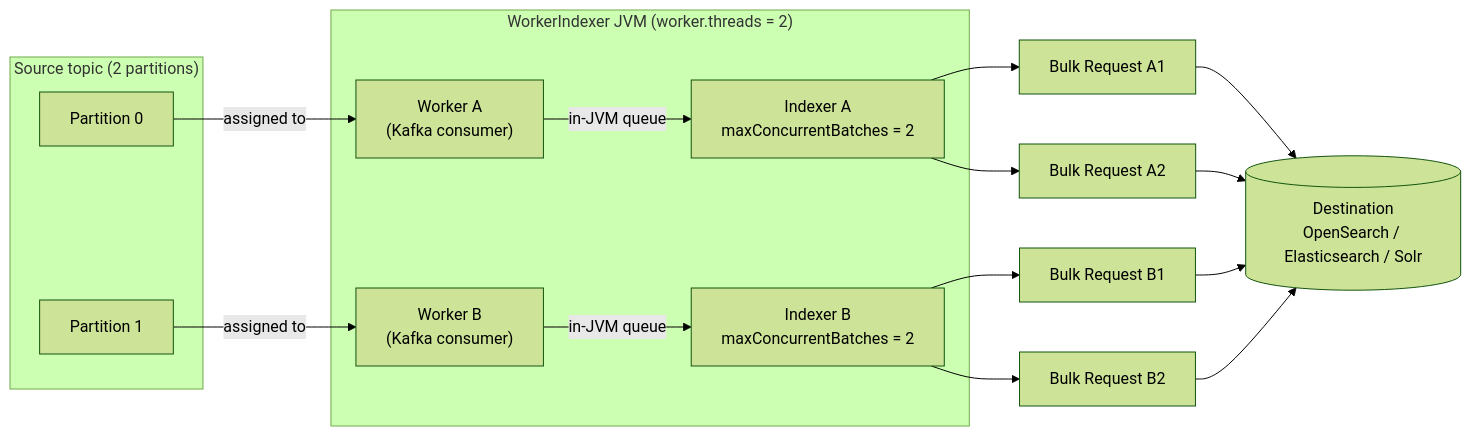
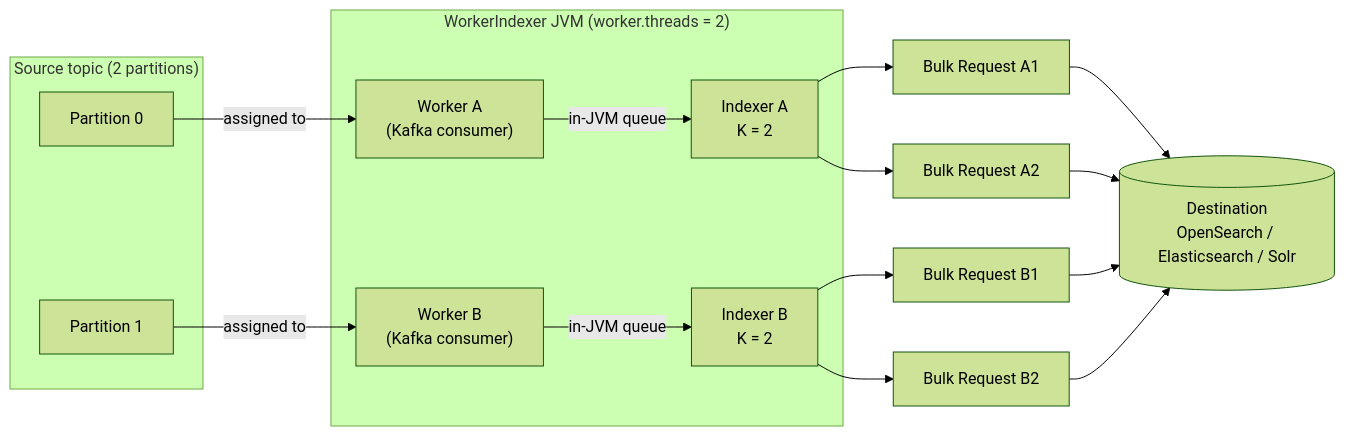
The second of 5 diagrams in doc/site/content/en/docs/operations/indexing-throughput/indexing-fan-out.md (kmwtechnology/lucille), drawn with Mermaid (forest theme) before and after one commit. The commit also changed other lines of this file, not shown here.

Commit message:
refine diagrams

````diff
--- a/doc/site/content/en/docs/operations/indexing-throughput/indexing-fan-out.md
+++ b/doc/site/content/en/docs/operations/indexing-throughput/indexing-fan-out.md
@@ -95,22 +95,22 @@
 ```mermaid
 flowchart LR
     subgraph SRC["Source topic (2 partitions)"]
         P0["Partition 0"]
         P1["Partition 1"]
     end
 
     subgraph JVM["WorkerIndexer JVM (worker.threads = 2)"]
-        W0["Worker A<br/>(Kafka consumer)"] -->|in-JVM queue| I0["Indexer A<br/>maxConcurrentBatches = 2"]
-        W1["Worker B<br/>(Kafka consumer)"] -->|in-JVM queue| I1["Indexer B<br/>maxConcurrentBatches = 2"]
+        W0["Worker A<br/>(Kafka consumer)"] -->|in-JVM queue| I0["Indexer A<br/>K = 2"]
+        W1["Worker B<br/>(Kafka consumer)"] -->|in-JVM queue| I1["Indexer B<br/>K = 2"]
     end
 
     I0 --> R0a["Bulk Request A1"] --> DEST
     I0 --> R0b["Bulk Request A2"] --> DEST
     I1 --> R1a["Bulk Request B1"] --> DEST
     I1 --> R1b["Bulk Request B2"] --> DEST
 
     DEST[("Destination<br/>OpenSearch / Elasticsearch / Solr")]
 
     P0 -->|assigned to| W0
     P1 -->|assigned to| W1
 ```
````
